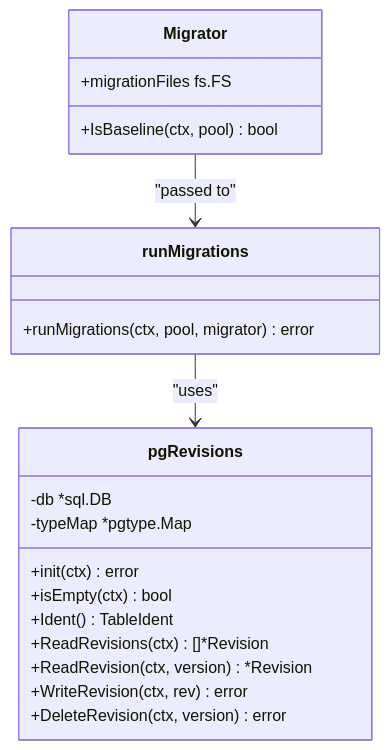
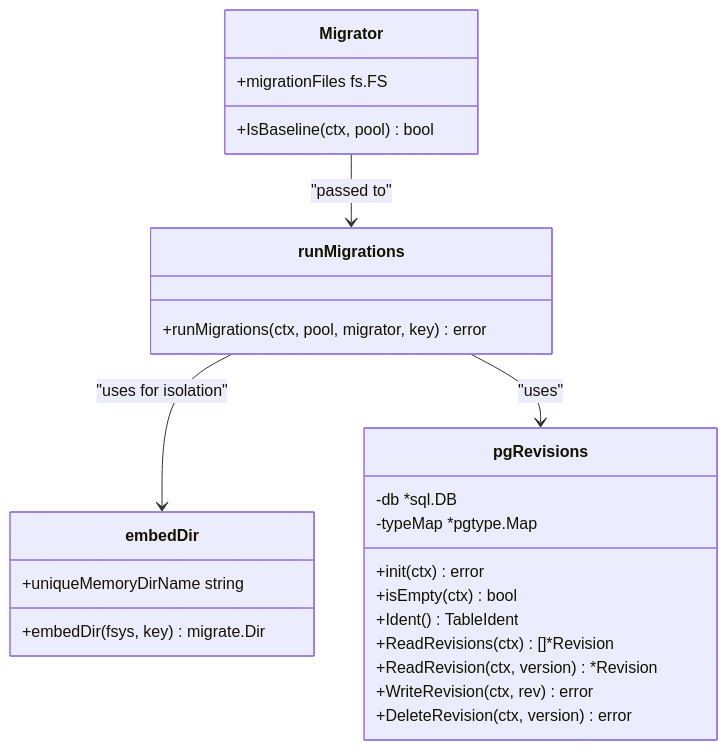
One commit to visdomtech/orcacommon changed the fifth of 8 diagrams in .qoder/repowiki/en/content/PostgreSQL Utilities Module/Migration Management.md. Above: the diagram before and after it, drawn with Mermaid. The commit also changed other lines of this file and 3 other files, not shown here.

````diff
--- a/.qoder/repowiki/en/content/PostgreSQL Utilities Module/Migration Management.md
+++ b/.qoder/repowiki/en/content/PostgreSQL Utilities Module/Migration Management.md
@@ -150,23 +187,28 @@
 ```mermaid
 classDiagram
 class Migrator {
 +migrationFiles fs.FS
 +IsBaseline(ctx, pool) bool
+}
+class embedDir {
++embedDir(fsys, key) migrate.Dir
++uniqueMemoryDirName string
 }
 class pgRevisions {
 -db *sql.DB
 -typeMap *pgtype.Map
 +init(ctx) error
 +isEmpty(ctx) bool
 +Ident() TableIdent
 +ReadRevisions(ctx) []*Revision
 +ReadRevision(ctx, version) *Revision
 +WriteRevision(ctx, rev) error
 +DeleteRevision(ctx, version) error
 }
 class runMigrations {
-+runMigrations(ctx, pool, migrator) error
++runMigrations(ctx, pool, migrator, key) error
 }
 Migrator --> runMigrations : "passed to"
+runMigrations --> embedDir : "uses for isolation"
 runMigrations --> pgRevisions : "uses"
 ```
````
